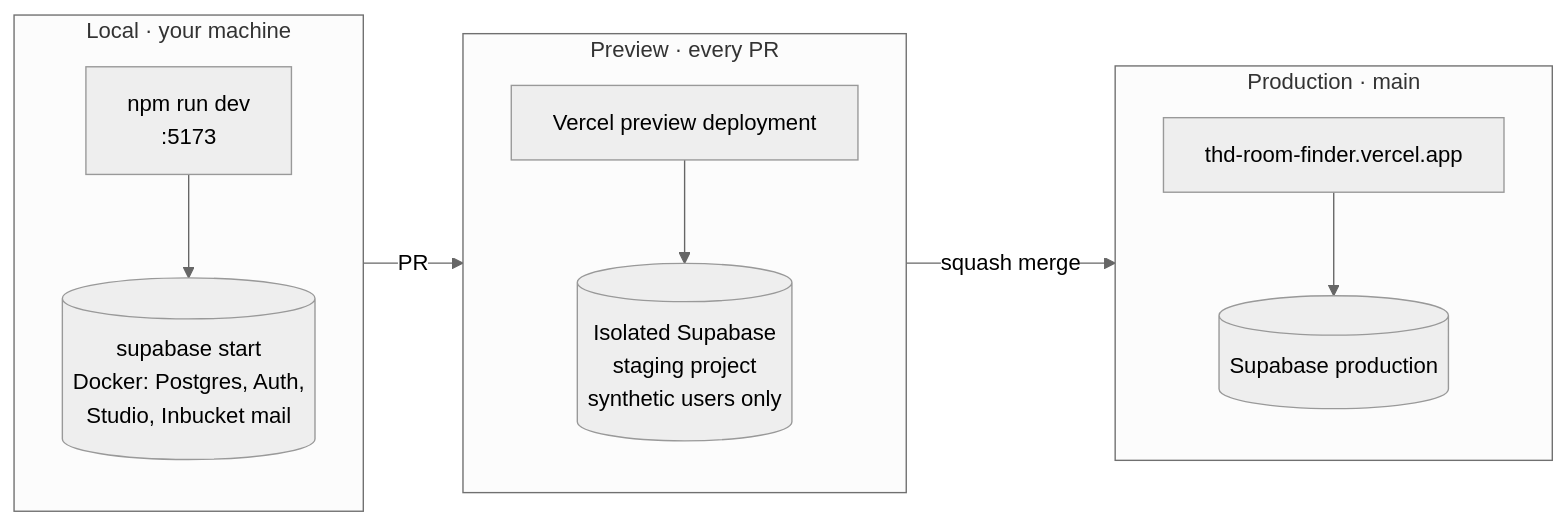
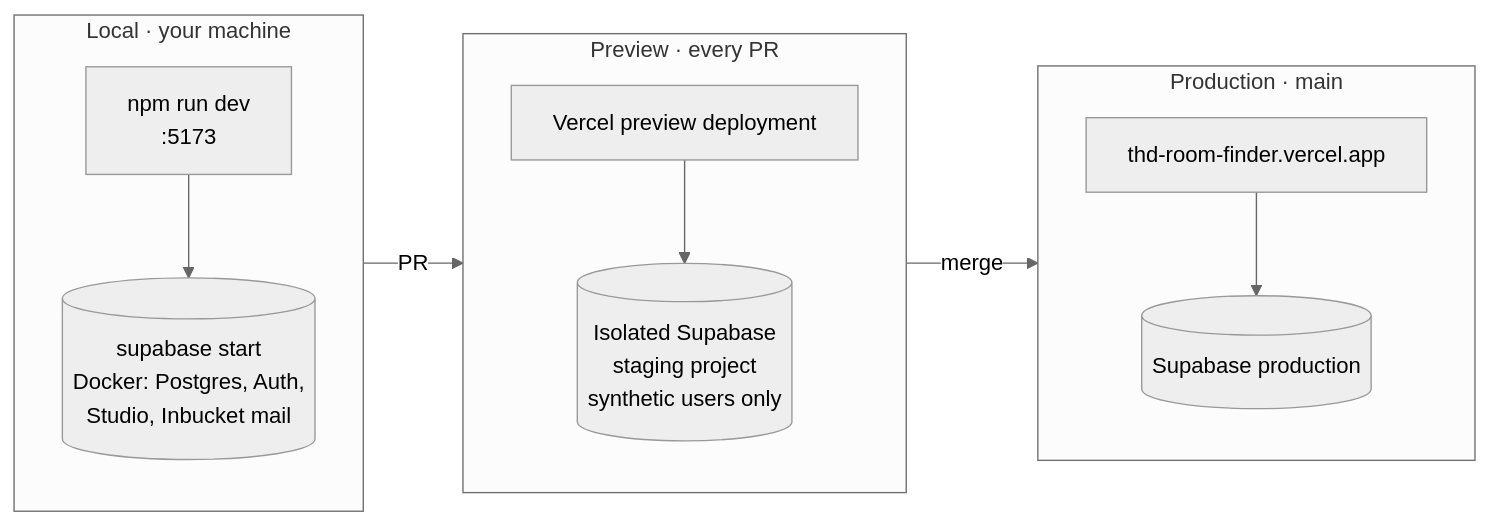
The diagram in docs/development/environments.md (Aaqibhafeezkhan/THD-Room-Finder), drawn with Mermaid (neutral theme) before and after one commit. The commit also changed 4 other files, not shown here.

````diff
--- a/docs/development/environments.md
+++ b/docs/development/environments.md
@@ -6,19 +6,19 @@
 ```mermaid
 flowchart LR
   subgraph Local[Local · your machine]
     VD[npm run dev<br/>:5173]
     SL[(supabase start<br/>Docker: Postgres, Auth,<br/>Studio, Inbucket mail)]
     VD --> SL
   end
   subgraph Preview[Preview · every PR]
     VP[Vercel preview deployment]
     SP[(Isolated Supabase<br/>staging project<br/>synthetic users only)]
     VP --> SP
   end
   subgraph Production[Production · main]
     VM[thd-room-finder.vercel.app]
     SM[(Supabase production)]
     VM --> SM
   end
-  Local -->|PR| Preview -->|squash merge| Production
+  Local -->|PR| Preview -->|merge| Production
 ```
````
